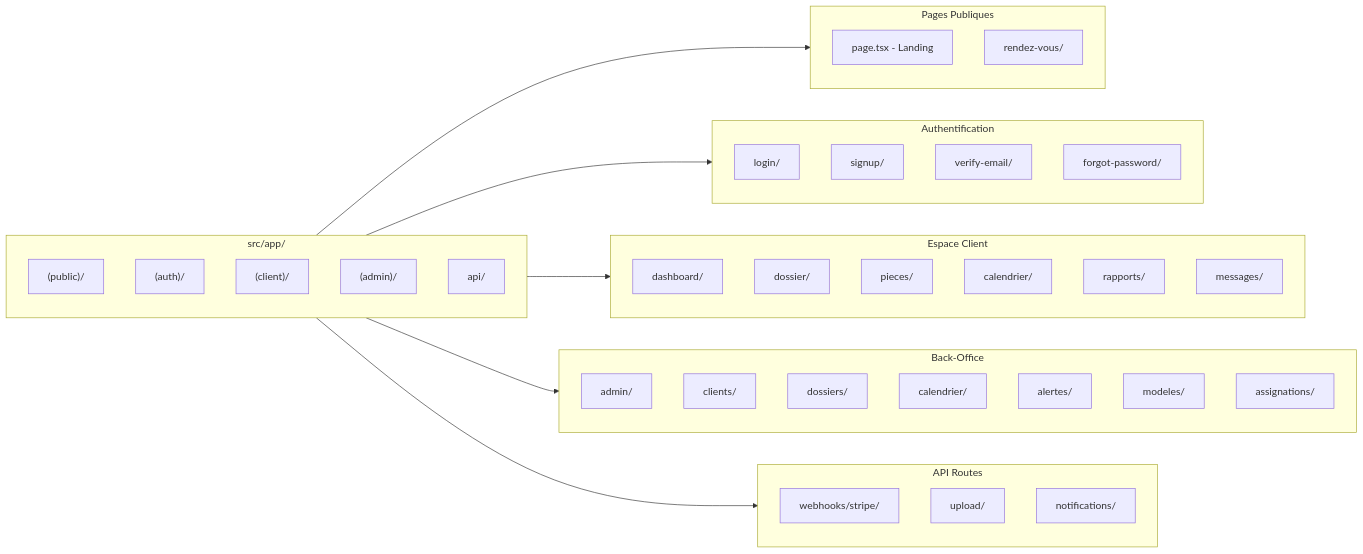
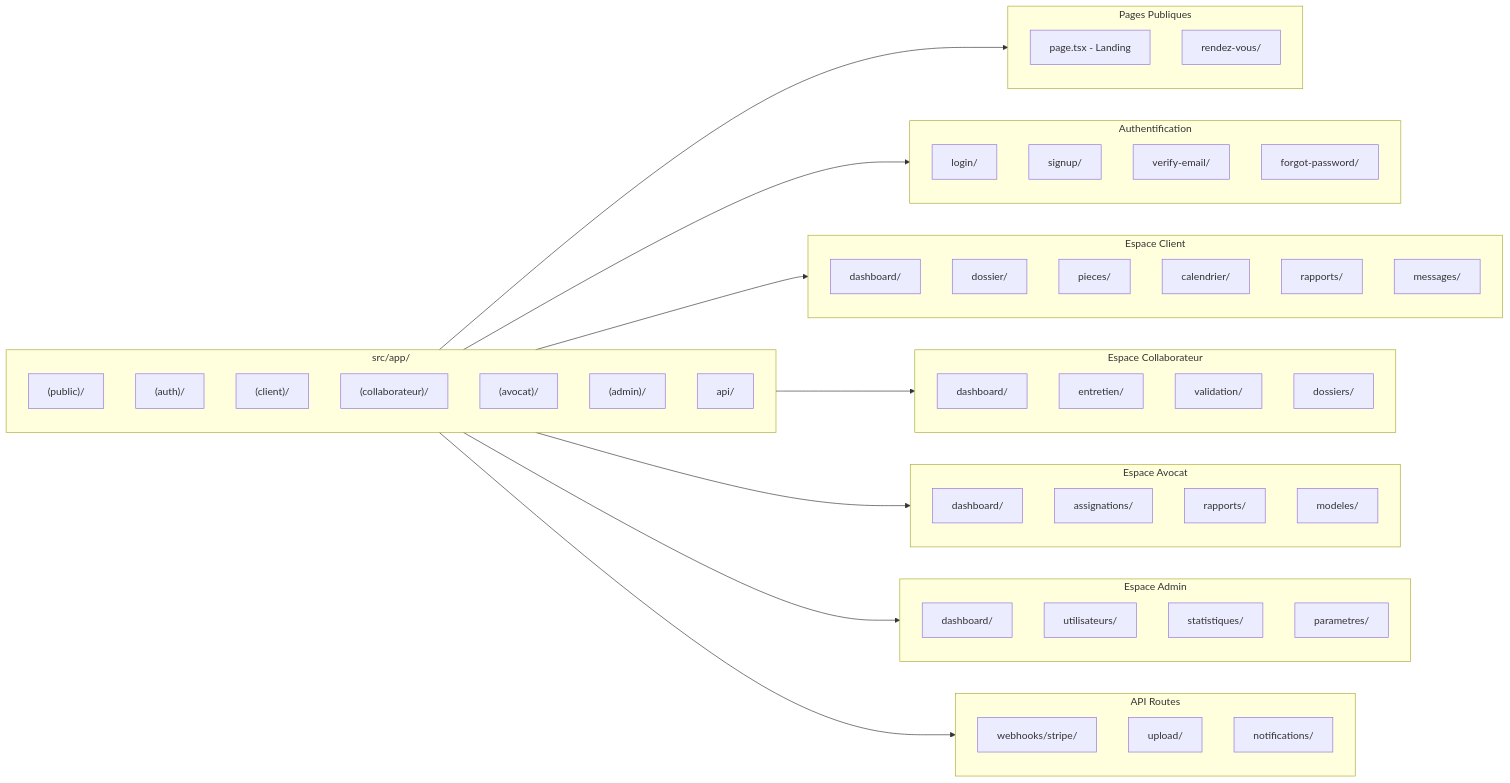
One commit to NMajster/Corentin-app changed the ninth of 10 diagrams in PLAN.md. Above: the diagram before and after it, drawn with Mermaid. The commit also changed other lines of this file, not shown here.

Commit message:
Ajout rôle Collaborateur avec permissions et workflow post-entretien

````diff
--- a/PLAN.md
+++ b/PLAN.md
@@ -437,54 +575,69 @@
 ```mermaid
 flowchart LR
     subgraph APP["src/app/"]
         direction TB
         PUBLIC["(public)/"]
         AUTH["(auth)/"]
         CLIENT["(client)/"]
-        ADMIN["(admin)/"]
+        COLLAB2["(collaborateur)/"]
+        AVOCAT2["(avocat)/"]
+        ADMIN2["(admin)/"]
         API["api/"]
     end
 
     subgraph PUBLIC_PAGES["Pages Publiques"]
         LP2[page.tsx - Landing]
         RDV[rendez-vous/]
     end
 
     subgraph AUTH_PAGES["Authentification"]
         LOGIN2[login/]
         SIGNUP2[signup/]
         VERIFY2[verify-email/]
         FORGOT[forgot-password/]
     end
 
     subgraph CLIENT_PAGES["Espace Client"]
         DASH[dashboard/]
         DOSSIER[dossier/]
         PIECES[pieces/]
         CAL[calendrier/]
         REPORTS2[rapports/]
         MSG[messages/]
     end
 
-    subgraph ADMIN_PAGES["Back-Office"]
-        ADASH2[admin/]
-        CLIENTS2[clients/]
-        DOSSIERS2[dossiers/]
-        CALENDAR2[calendrier/]
-        ALERTS2[alertes/]
-        TEMPLATES2[modeles/]
+    subgraph COLLAB_PAGES["Espace Collaborateur"]
+        CODASH2[dashboard/]
+        ENTRETIEN[entretien/]
+        VALIDATION[validation/]
+        DOSSIERS_CO[dossiers/]
+    end
+
+    subgraph AVOCAT_PAGES["Espace Avocat"]
+        AVDASH2[dashboard/]
         ASSIGNATIONS2[assignations/]
+        RAPPORTS[rapports/]
+        MODELES[modeles/]
+    end
+
+    subgraph ADMIN_PAGES["Espace Admin"]
+        ADDASH2[dashboard/]
+        USERS[utilisateurs/]
+        STATS[statistiques/]
+        SETTINGS[parametres/]
     end
 
     subgraph API_ROUTES["API Routes"]
         WEBHOOK[webhooks/stripe/]
         UPLOAD[upload/]
         NOTIF[notifications/]
     end
 
     PUBLIC --> PUBLIC_PAGES
     AUTH --> AUTH_PAGES
     CLIENT --> CLIENT_PAGES
-    ADMIN --> ADMIN_PAGES
+    COLLAB2 --> COLLAB_PAGES
+    AVOCAT2 --> AVOCAT_PAGES
+    ADMIN2 --> ADMIN_PAGES
     API --> API_ROUTES
 ```
````
